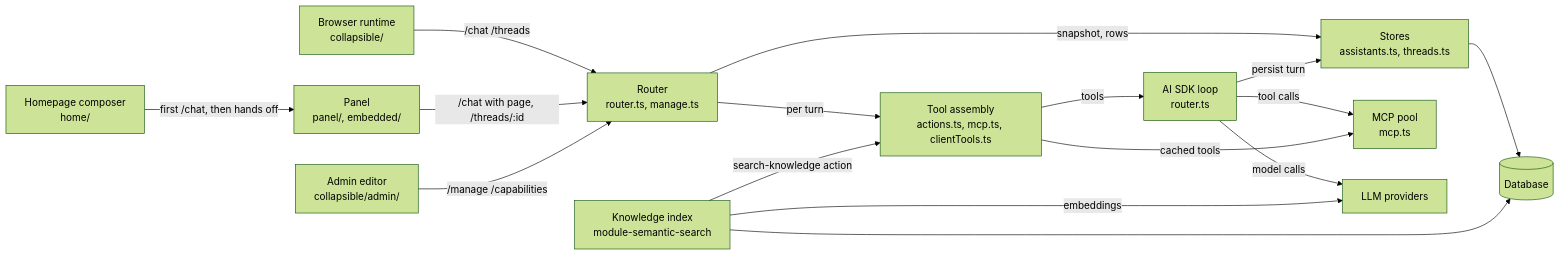
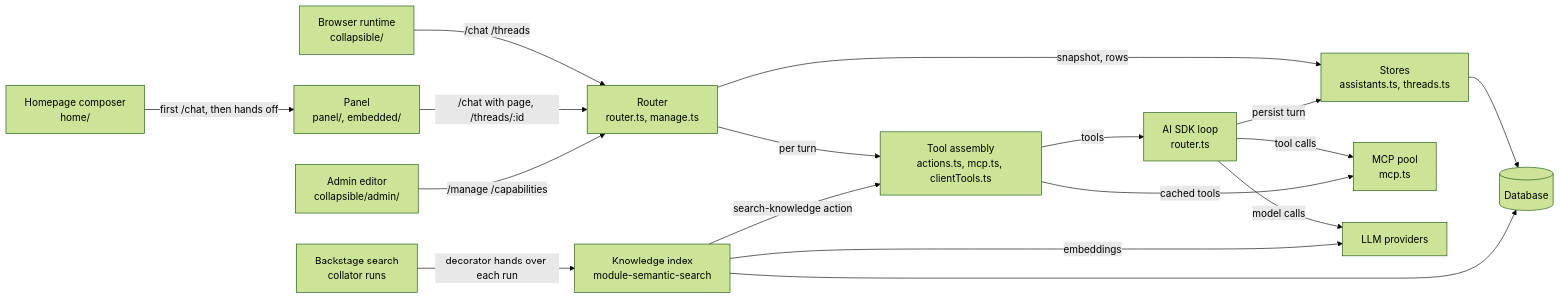
Before and after one commit to drewswiredin/backstage-assistants: the first of 7 diagrams in docs/architecture.md, drawn with Mermaid (forest theme). The commit also changed other lines of this file and 26 other files, not shown here.

First line of the commit message:
feat(semantic-search): the knowledge index copies what Backstage search indexes

````diff
--- a/docs/architecture.md
+++ b/docs/architecture.md
@@ -27,30 +27,32 @@
 ```mermaid
 flowchart LR
   RT["Browser runtime\ncollapsible/"]
   PN["Panel\npanel/, embedded/"]
   HO["Homepage composer\nhome/"]
   ED["Admin editor\ncollapsible/admin/"]
   RO["Router\nrouter.ts, manage.ts"]
   TA["Tool assembly\nactions.ts, mcp.ts, clientTools.ts"]
   LP["AI SDK loop\nrouter.ts"]
   ST["Stores\nassistants.ts, threads.ts"]
   MP["MCP pool\nmcp.ts"]
   KI["Knowledge index\nmodule-semantic-search"]
   DB[("Database")]
   PV["LLM providers"]
   RT -->|"/chat /threads"| RO
   PN -->|"/chat with page, /threads/:id"| RO
   HO -->|"first /chat, then hands off"| PN
   ED -->|"/manage /capabilities"| RO
   RO -->|"per turn"| TA
   TA -->|"tools"| LP
   RO -->|"snapshot, rows"| ST
   LP -->|"persist turn"| ST
   LP -->|"model calls"| PV
   LP -->|"tool calls"| MP
   TA -->|"cached tools"| MP
   ST --> DB
+  SR["Backstage search\ncollator runs"]
+  SR -->|"decorator hands over each run"| KI
   KI -->|"search-knowledge action"| TA
   KI -->|"embeddings"| PV
   KI --> DB
 ```
````
